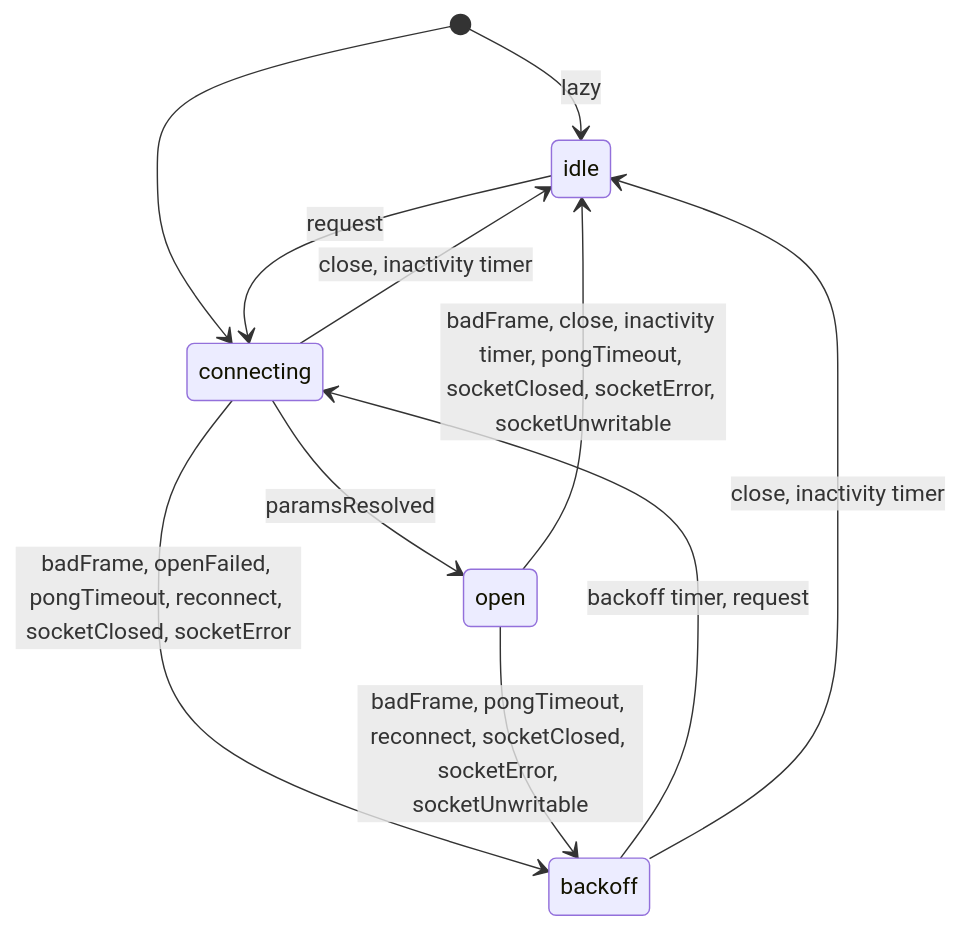
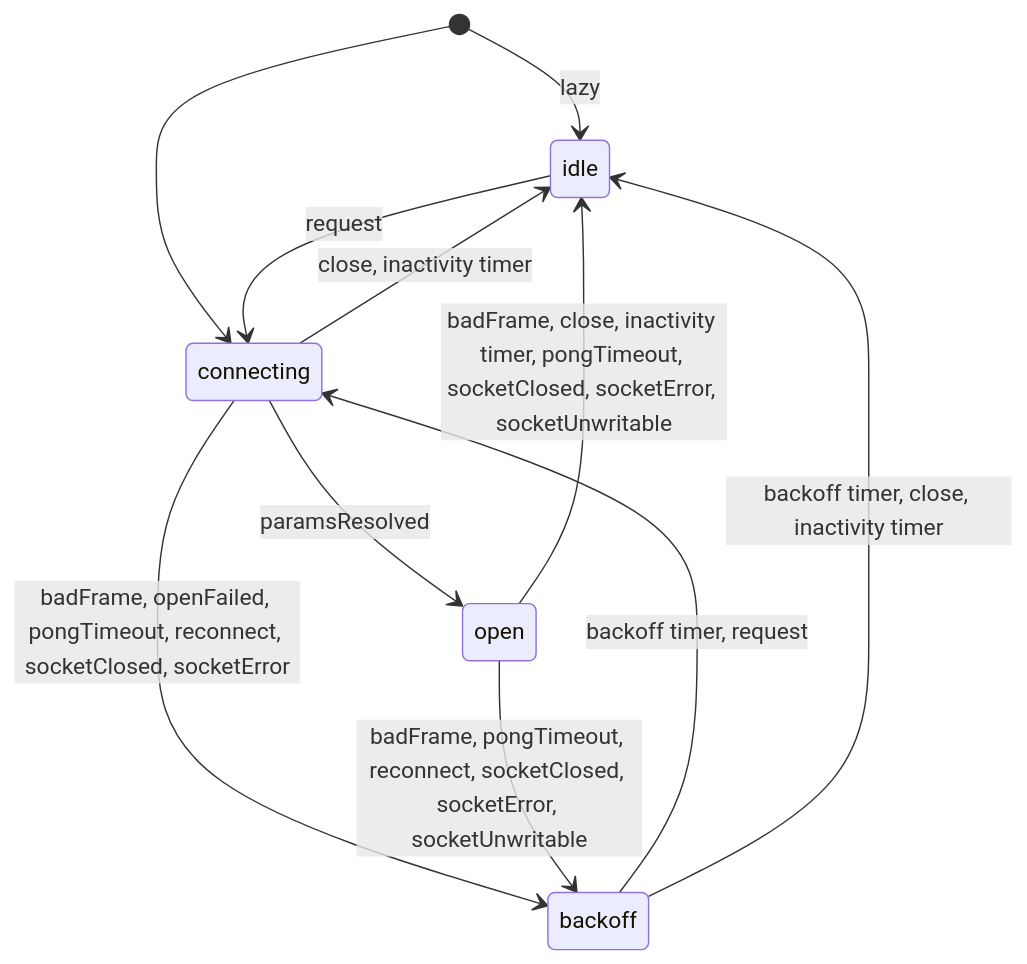
Before and after one commit to trpc/trpc: the first of 4 diagrams in packages/tests/server/websockets.clientMachine.diagrams.md, drawn with Mermaid. The commit also changed 13 other files, not shown here.

````diff
--- a/packages/tests/server/websockets.clientMachine.diagrams.md
+++ b/packages/tests/server/websockets.clientMachine.diagrams.md
@@ -7,13 +7,13 @@
 ```mermaid
 stateDiagram-v2
   [*] --> idle : lazy
   [*] --> connecting
   backoff --> connecting : backoff timer, request
-  backoff --> idle : close, inactivity timer
+  backoff --> idle : backoff timer, close, inactivity timer
   connecting --> backoff : badFrame, openFailed, pongTimeout, reconnect, socketClosed, socketError
   connecting --> idle : close, inactivity timer
   connecting --> open : paramsResolved
   idle --> connecting : request
   open --> backoff : badFrame, pongTimeout, reconnect, socketClosed, socketError, socketUnwritable
   open --> idle : badFrame, close, inactivity timer, pongTimeout, socketClosed, socketError, socketUnwritable
 ```
````
